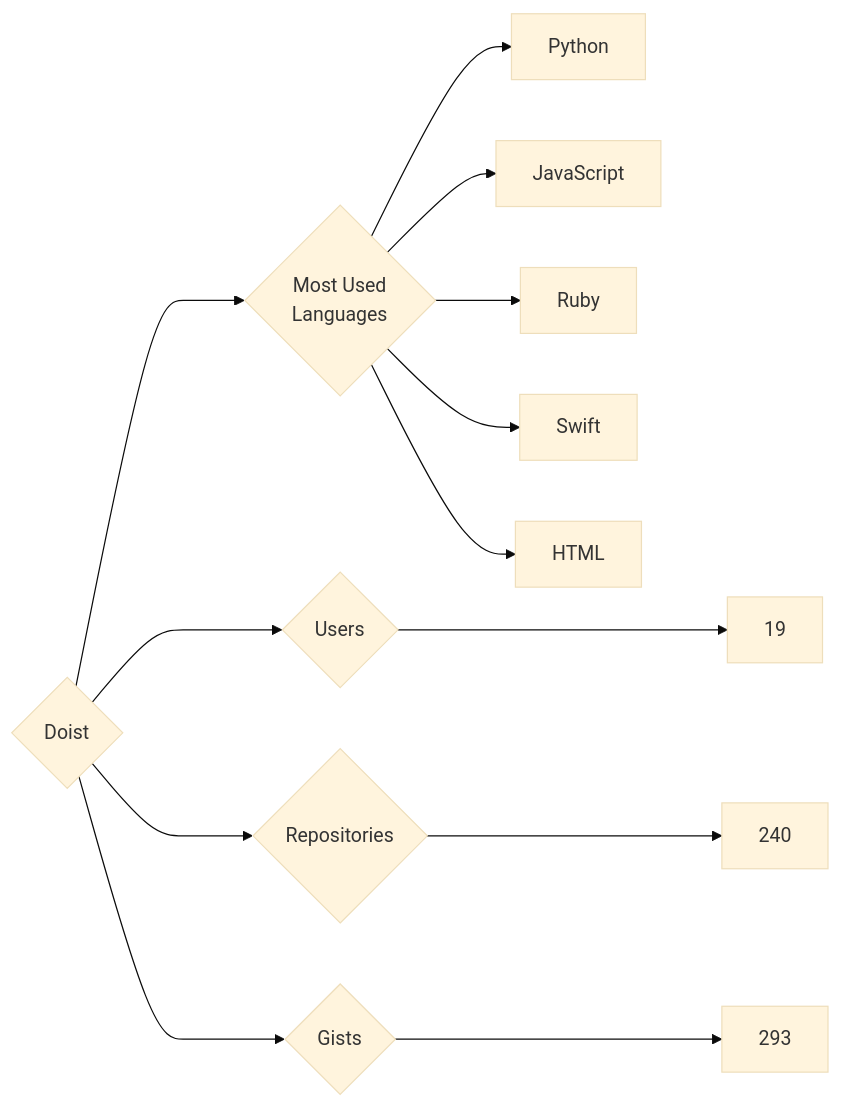
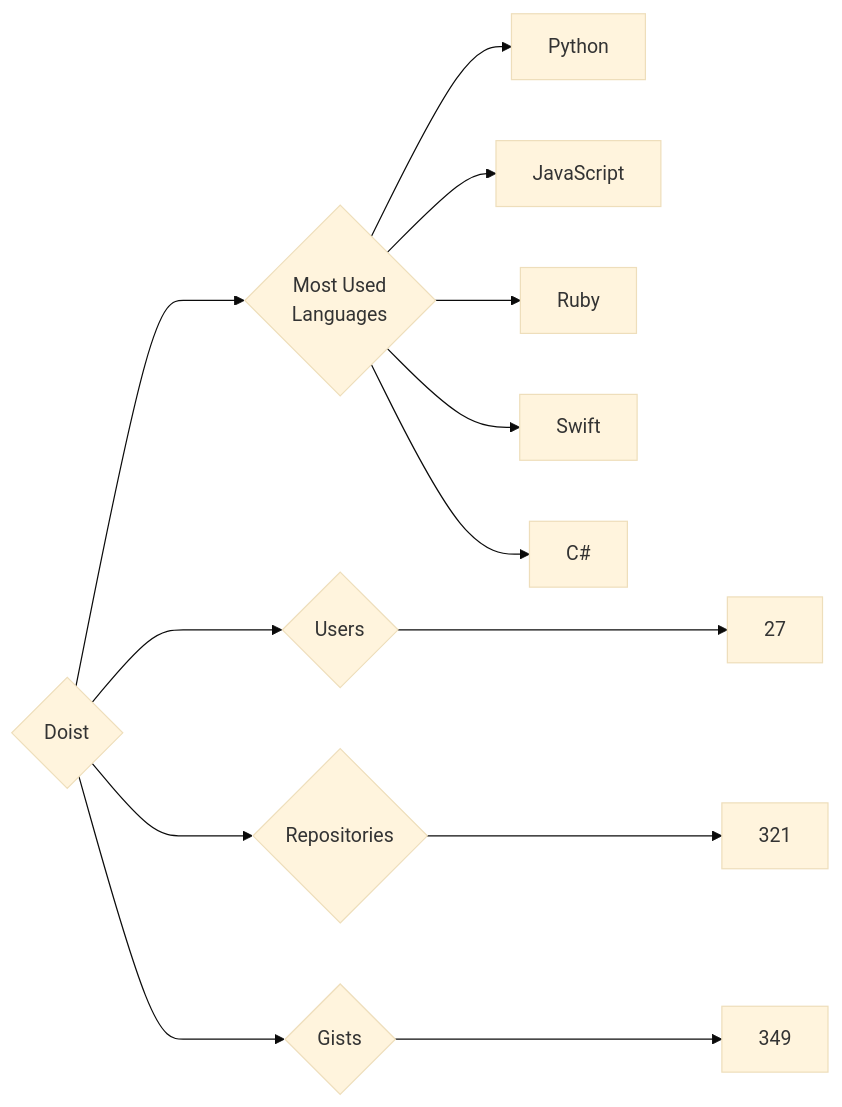
One commit to trickest/insiders changed the diagram in targets/Doist/README.md. Above: the diagram before and after it, drawn with Mermaid (base theme). The commit also changed 1314 other files, not shown here.

````diff
--- a/targets/Doist/README.md
+++ b/targets/Doist/README.md
@@ -3,13 +3,13 @@
 ```mermaid
 graph LR
 COMPANY_NAME{Doist}
-COMPANY_NAME ---> U{Users} ---> UN[19]
-COMPANY_NAME ---> R{Repositories} ---> RN[240]
-COMPANY_NAME ---> G{Gists} ---> GN[293]
+COMPANY_NAME ---> U{Users} ---> UN[27]
+COMPANY_NAME ---> R{Repositories} ---> RN[321]
+COMPANY_NAME ---> G{Gists} ---> GN[349]
 COMPANY_NAME ---> ML{Most Used<br>Languages}
 ML --> Python[Python]
 ML --> JavaScript[JavaScript]
 ML --> Ruby[Ruby]
 ML --> Swift[Swift]
-ML --> HTML[HTML]
+ML --> C#[C#]
 ```
````
